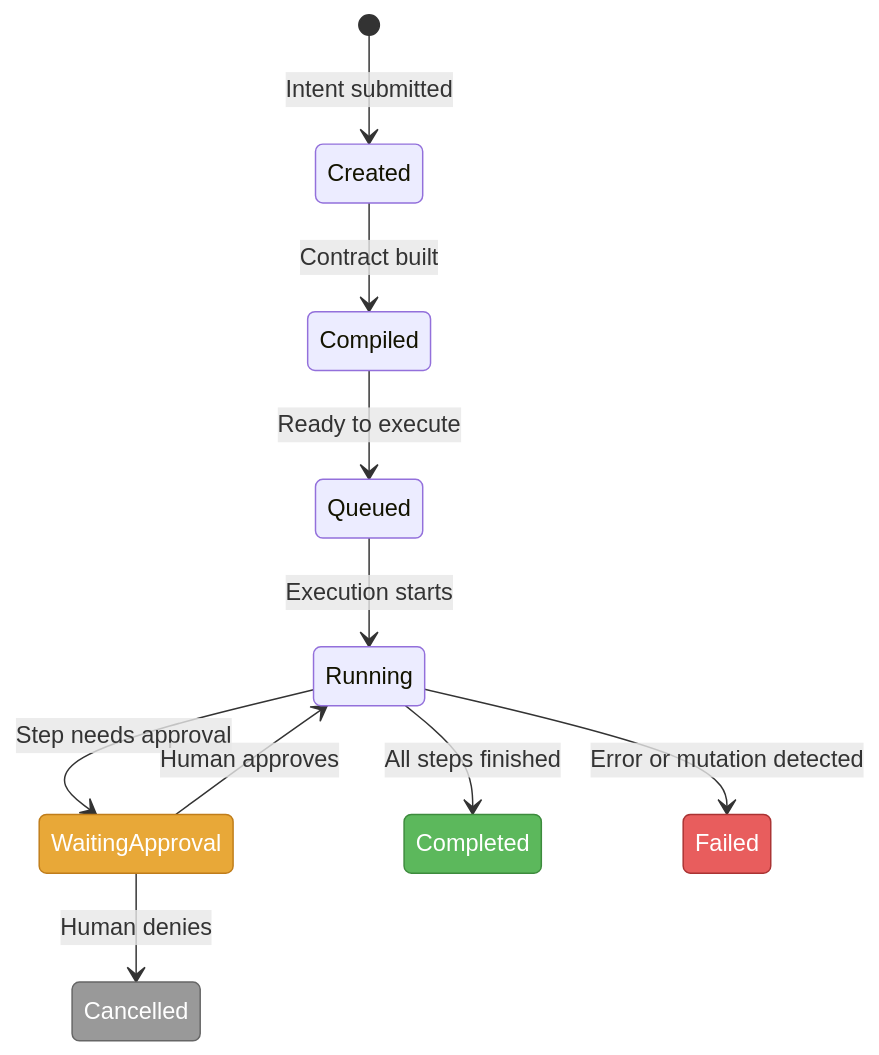
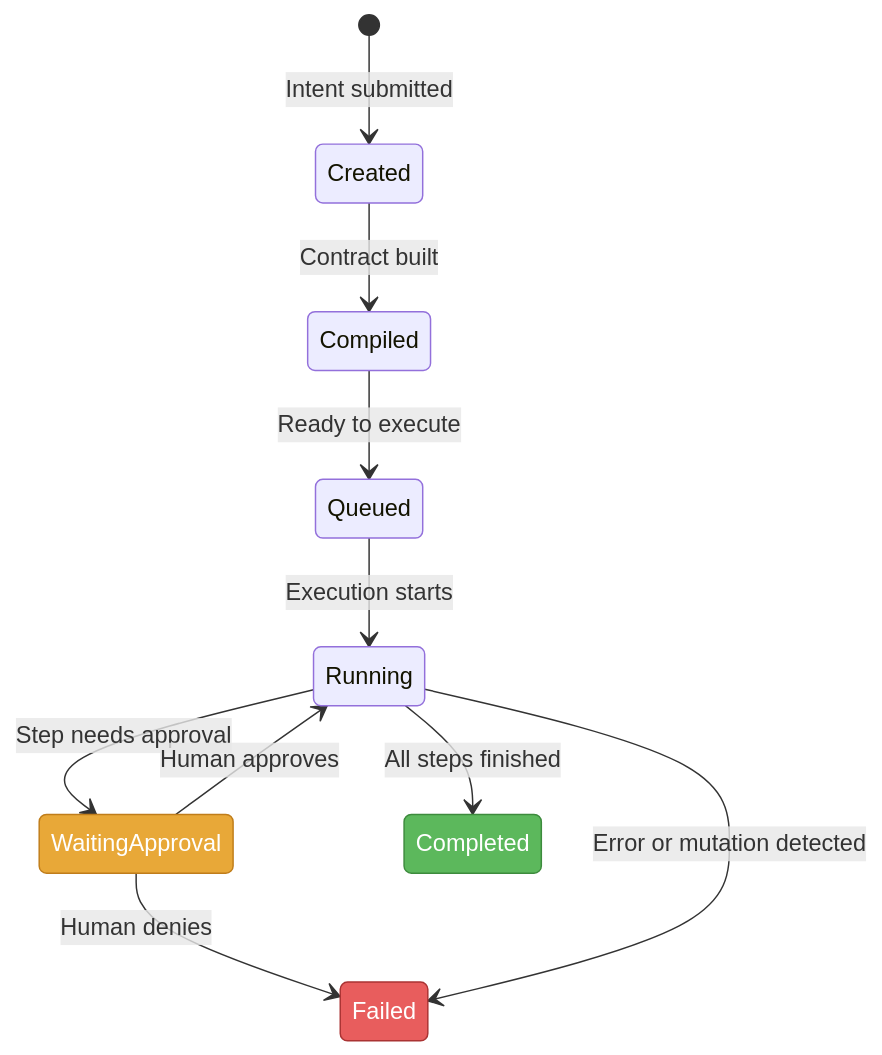
The first of 4 diagrams in docs/product/RUNS_APPROVALS_AND_RECOVERY.md (ShaileshRawat1403/dax), drawn with Mermaid before and after one commit. The commit also changed other lines of this file and 25 other files, not shown here.

````diff
--- a/docs/product/RUNS_APPROVALS_AND_RECOVERY.md
+++ b/docs/product/RUNS_APPROVALS_AND_RECOVERY.md
@@ -11,17 +34,16 @@
 ```mermaid
 stateDiagram-v2
     [*] --> Created: Intent submitted
     Created --> Compiled: Contract built
     Compiled --> Queued: Ready to execute
     Queued --> Running: Execution starts
     Running --> WaitingApproval: Step needs approval
     WaitingApproval --> Running: Human approves
-    WaitingApproval --> Cancelled: Human denies
+    WaitingApproval --> Failed: Human denies
     Running --> Completed: All steps finished
     Running --> Failed: Error or mutation detected
 
     style WaitingApproval fill:#e8a838,stroke:#c07d1a,color:#fff
     style Completed fill:#5cb85c,stroke:#3d8b3d,color:#fff
     style Failed fill:#e85d5d,stroke:#a33,color:#fff
-    style Cancelled fill:#999,stroke:#666,color:#fff
 ```
````
